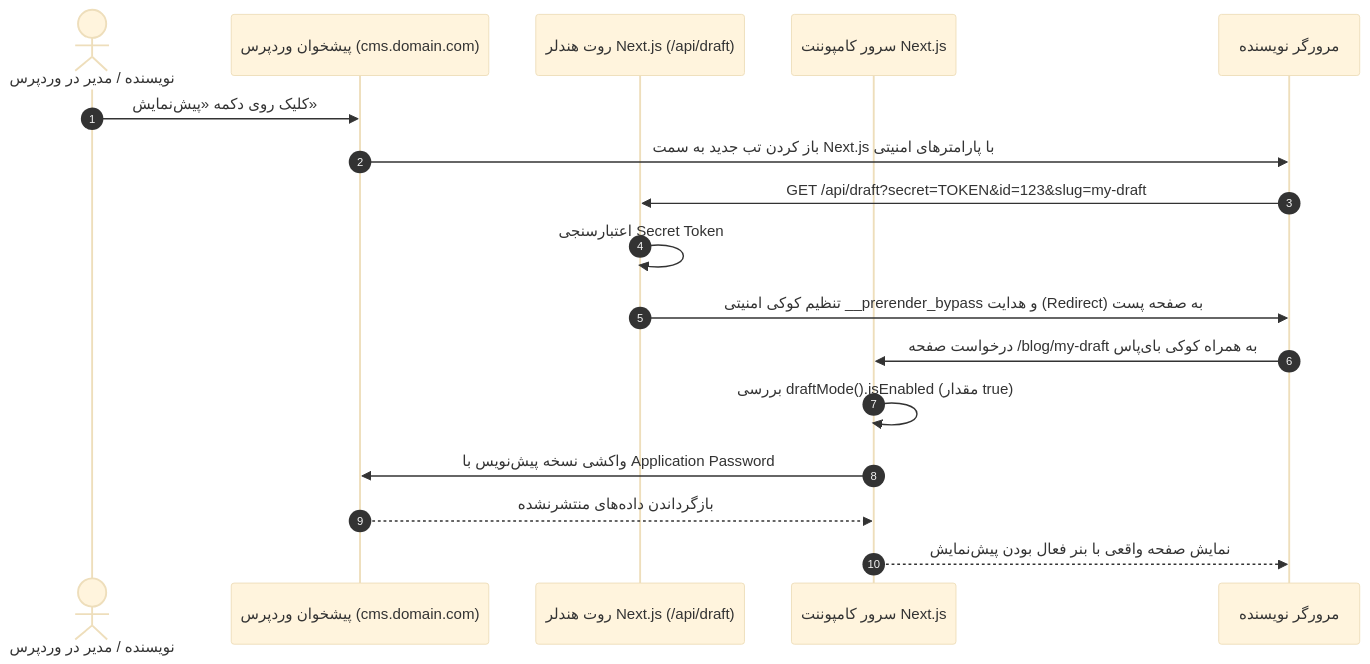
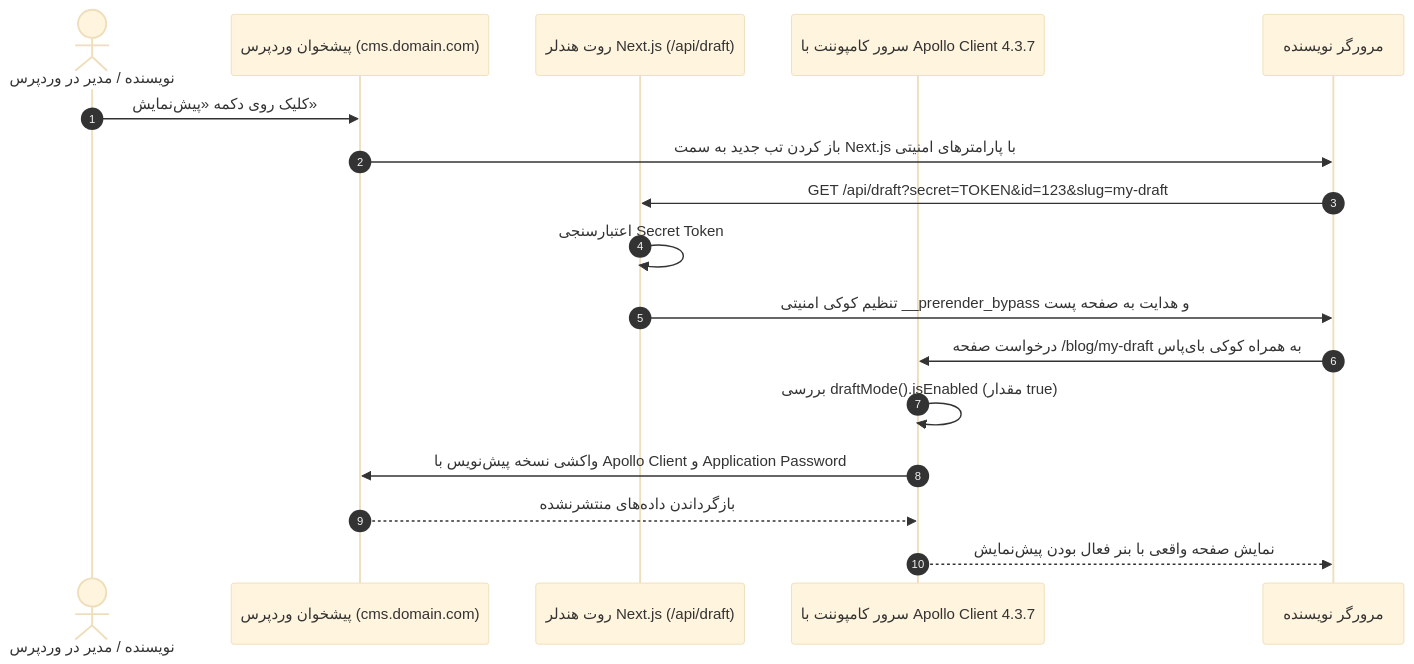
The diagram in book/11-draft-mode-preview.md (herehossein/headlessWP-nextJS), drawn with Mermaid (base theme) before and after one commit. The commit also changed other lines of this file and 4 other files, not shown here.

Commit message:
feat(frontend): integrate Apollo Client 4.3.7 with Next.js 16.4.5 App Router and GraphQL 17.0.1

````diff
--- a/book/11-draft-mode-preview.md
+++ b/book/11-draft-mode-preview.md
@@ -15,20 +13,20 @@
 ```mermaid
 sequenceDiagram
     autonumber
     actor Editor as نویسنده / مدیر در وردپرس
     participant WP as پیشخوان وردپرس (cms.domain.com)
     participant NextRoute as روت هندلر Next.js (/api/draft)
-    participant NextRSC as سرور کامپوننت Next.js
+    participant NextRSC as سرور کامپوننت با Apollo Client 4.3.7
     participant Browser as مرورگر نویسنده
 
     Editor->>WP: کلیک روی دکمه «پیش‌نمایش»
     WP->>Browser: باز کردن تب جدید به سمت Next.js با پارامترهای امنیتی
     Browser->>NextRoute: GET /api/draft?secret=TOKEN&id=123&slug=my-draft
     NextRoute->>NextRoute: اعتبارسنجی Secret Token
-    NextRoute->>Browser: تنظیم کوکی امنیتی __prerender_bypass و هدایت (Redirect) به صفحه پست
+    NextRoute->>Browser: تنظیم کوکی امنیتی __prerender_bypass و هدایت به صفحه پست
     Browser->>NextRSC: درخواست صفحه /blog/my-draft به همراه کوکی بای‌پاس
     NextRSC->>NextRSC: بررسی draftMode().isEnabled (مقدار true)
-    NextRSC->>WP: واکشی نسخه پیش‌نویس با Application Password
+    NextRSC->>WP: واکشی نسخه پیش‌نویس با Apollo Client و Application Password
     WP-->>NextRSC: بازگرداندن داده‌های منتشرنشده
     NextRSC-->>Browser: نمایش صفحه واقعی با بنر فعال بودن پیش‌نمایش
 ```
````
